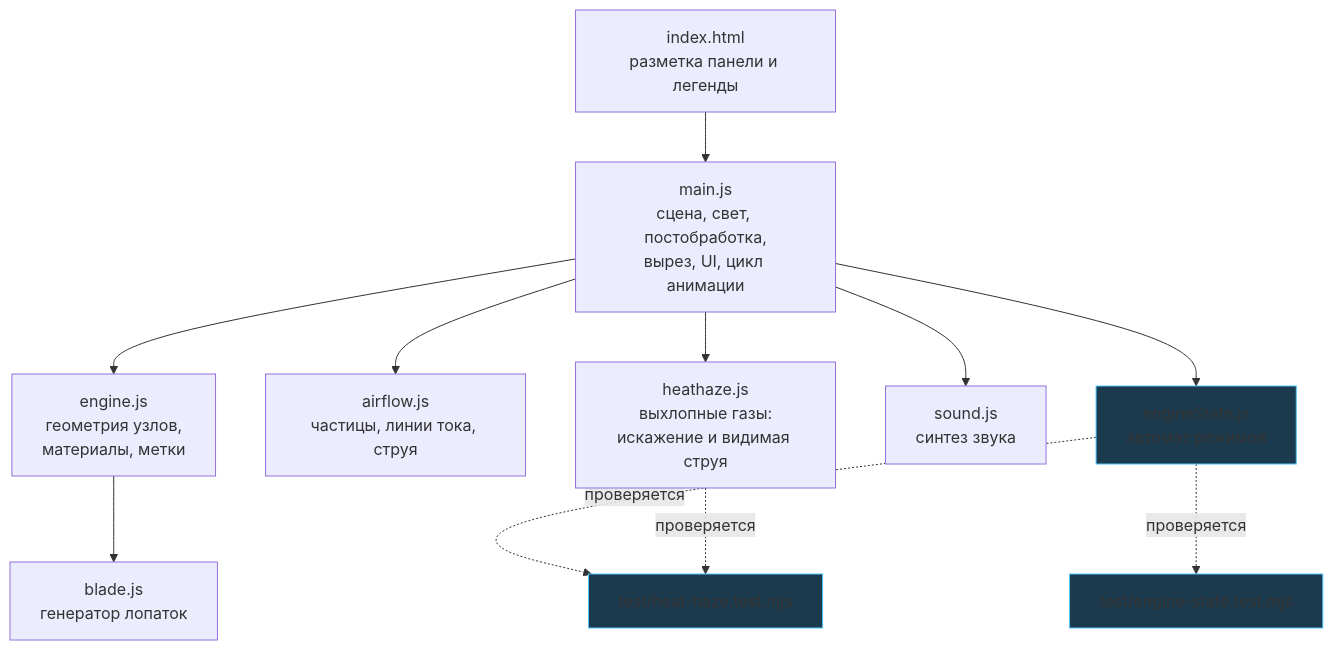
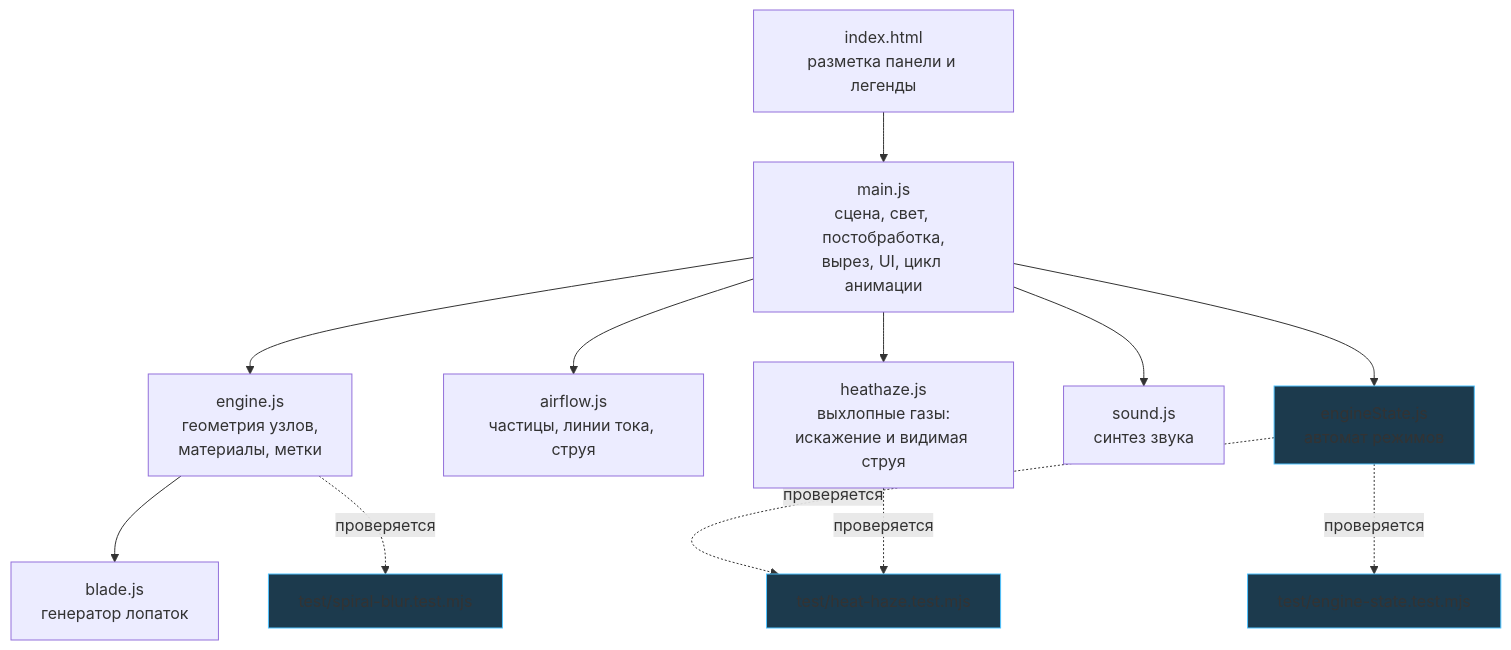
One commit to jubbon/jet-engine-3d changed the first of 2 diagrams in docs/01-architecture.md. Above: the diagram before and after it, drawn with Mermaid. The commit also changed other lines of this file and 7 other files, not shown here.

````diff
--- a/docs/01-architecture.md
+++ b/docs/01-architecture.md
@@ -5,17 +5,19 @@
 ```mermaid
 graph TD
   I[index.html<br/>разметка панели и легенды] --> M
   M[main.js<br/>сцена, свет, постобработка,<br/>вырез, UI, цикл анимации]
   M --> E[engine.js<br/>геометрия узлов,<br/>материалы, метки]
   M --> A[airflow.js<br/>частицы, линии тока, струя]
   M --> H[heathaze.js<br/>выхлопные газы:<br/>искажение и видимая струя]
   M --> S[sound.js<br/>синтез звука]
   M --> ST[engineState.js<br/>автомат режимов]
   E --> B[blade.js<br/>генератор лопаток]
   ST -.проверяется.-> T[test/engine-state.test.mjs]
   ST -.проверяется.-> T2[test/heat-haze.test.mjs]
+  E -.проверяется.-> T3[test/spiral-blur.test.mjs]
   H -.проверяется.-> T2
   style ST fill:#1c3a4d,stroke:#4fc3ff
   style T fill:#1c3a4d,stroke:#4fc3ff
   style T2 fill:#1c3a4d,stroke:#4fc3ff
+  style T3 fill:#1c3a4d,stroke:#4fc3ff
 ```
````
